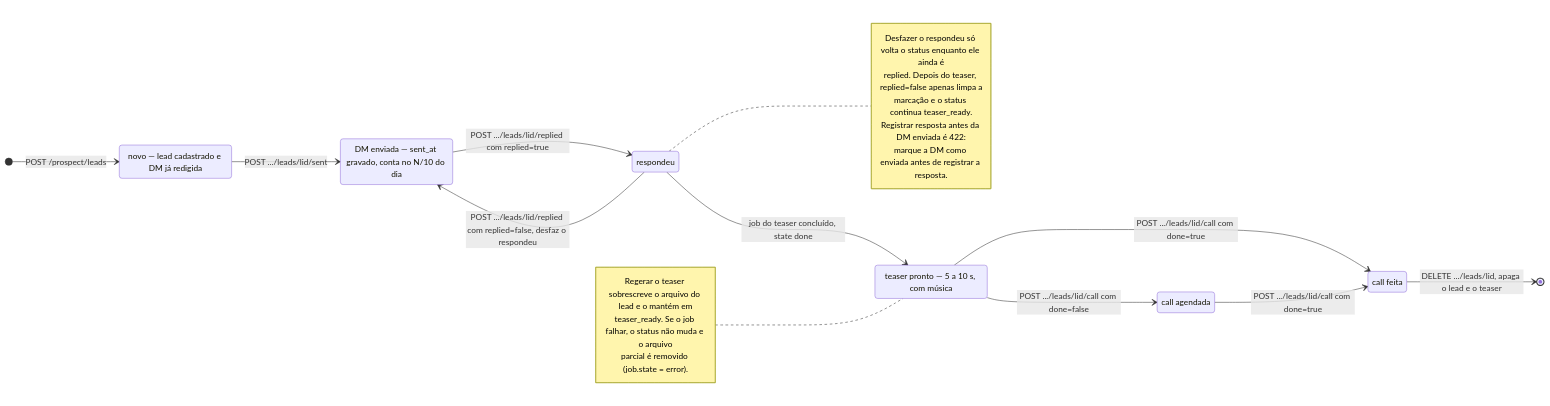
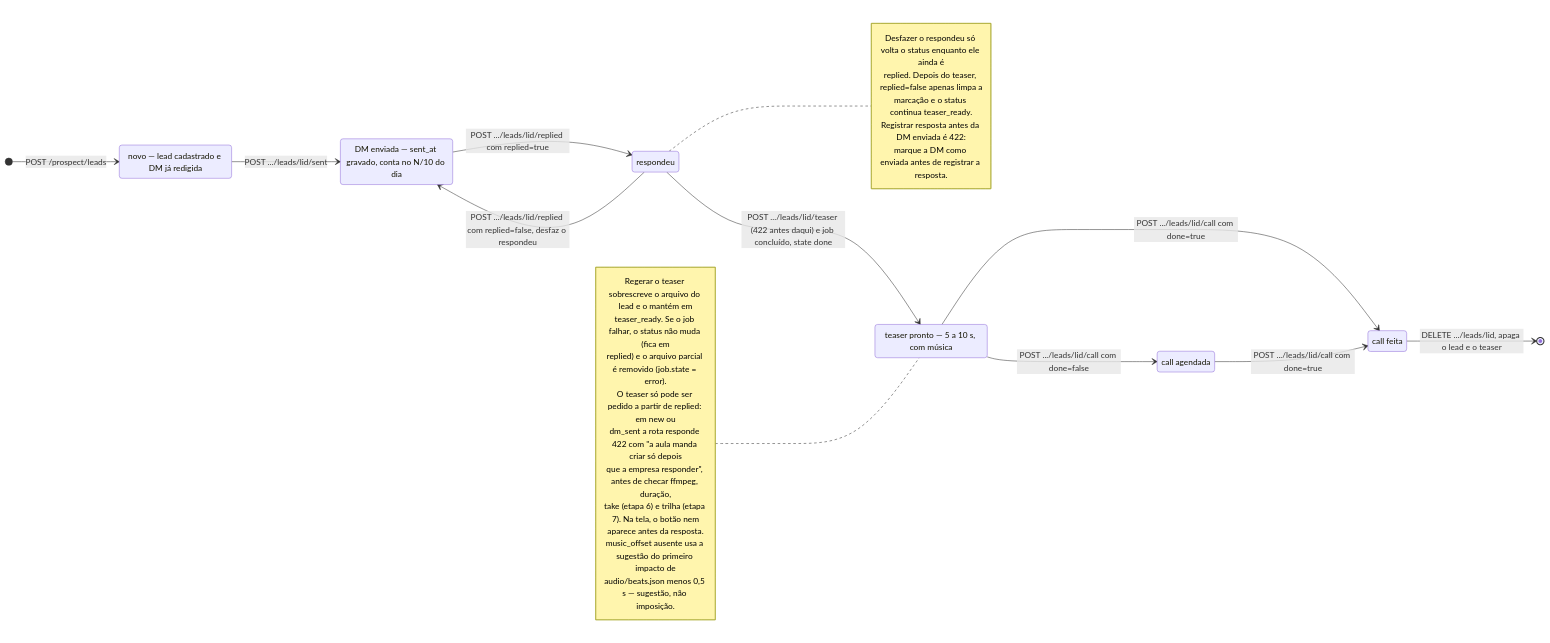
The diagram in docs/domains/prospect/diagrams/mermaid/prospect-estados-lead.mmd (Arthur-Diego/orquestrador-studio), drawn with Mermaid before and after one commit. The commit also changed 10 other files, not shown here.

First line of the commit message:
[OS-019] Docs das etapas 9–11: FDDs, diagramas, Postman e mapping de ADRs

```diff
--- a/docs/domains/prospect/diagrams/mermaid/prospect-estados-lead.mmd
+++ b/docs/domains/prospect/diagrams/mermaid/prospect-estados-lead.mmd
@@ -1,43 +1,53 @@
 %% Etapa 11 (prospect, aula 001) — máquina de estados de um lead em prospect/leads.json.
 %% ---
 %% Fonte de verdade: studio/prospect/service.py (STATUSES, create_lead, mark_sent,
 %% mark_replied, start_teaser, register_call, delete_lead) e studio/etapas/prospect/router.py.
 %% Os identificadores dos estados são exatamente os valores gravados no campo status;
 %% o rótulo entre aspas é a leitura em português que a tela mostra.
 %% ---
-%% Regra que vale para TODA transição: elas só acontecem com o gate aberto, ou seja, 4 VÍDEOS
-%% DISTINTOS publicados em publish/log.json (ver prospect-gate.mmd). Com o gate fechado, todo
-%% POST, PUT e DELETE responde 409 e o lead não sai do lugar.
+%% Regra que vale para TODA transição: elas só acontecem com o gate aberto, ou seja, 4 OBRAS
+%% publicadas no portfólio GLOBAL (projetos distintos com post — ADR-012, ver prospect-gate.mmd).
+%% Com o gate fechado, todo POST, PUT e DELETE responde 409 e o lead não sai do lugar.
+%% ---
+%% WAVE 2 (auditoria 11.1): não existe mais caminho de new ou dm_sent direto para teaser_ready.
+%% "Você só cria de verdade se a empresa responder" — POST .../teaser antes de replied é 422.
 stateDiagram-v2
     direction LR
 
     state "novo — lead cadastrado e DM já redigida" as new
     state "DM enviada — sent_at gravado, conta no N/10 do dia" as dm_sent
     state "respondeu" as replied
     state "teaser pronto — 5 a 10 s, com música" as teaser_ready
     state "call agendada" as call_scheduled
     state "call feita" as call_done
 
     [*] --> new: POST /prospect/leads
     new --> dm_sent: POST .../leads/lid/sent
     dm_sent --> replied: POST .../leads/lid/replied com replied=true
     replied --> dm_sent: POST .../leads/lid/replied com replied=false, desfaz o respondeu
-    replied --> teaser_ready: job do teaser concluído, state done
+    replied --> teaser_ready: POST .../leads/lid/teaser (422 antes daqui) e job concluído, state done
     teaser_ready --> call_scheduled: POST .../leads/lid/call com done=false
     teaser_ready --> call_done: POST .../leads/lid/call com done=true
     call_scheduled --> call_done: POST .../leads/lid/call com done=true
     call_done --> [*]: DELETE .../leads/lid, apaga o lead e o teaser
 
     note right of replied
         Desfazer o respondeu só volta o status enquanto ele ainda é
         replied. Depois do teaser, replied=false apenas limpa a
         marcação e o status continua teaser_ready.
         Registrar resposta antes da DM enviada é 422:
         marque a DM como enviada antes de registrar a resposta.
     end note
 
     note left of teaser_ready
         Regerar o teaser sobrescreve o arquivo do lead e o mantém em
-        teaser_ready. Se o job falhar, o status não muda e o arquivo
-        parcial é removido (job.state = error).
+        teaser_ready. Se o job falhar, o status não muda (fica em
+        replied) e o arquivo parcial é removido (job.state = error).
+        O teaser só pode ser pedido a partir de replied: em new ou
+        dm_sent a rota responde 422 com "a aula manda criar só depois
+        que a empresa responder", antes de checar ffmpeg, duração,
+        take (etapa 6) e trilha (etapa 7). Na tela, o botão nem
+        aparece antes da resposta.
+        music_offset ausente usa a sugestão do primeiro impacto de
+        audio/beats.json menos 0,5 s — sugestão, não imposição.
     end note
```
